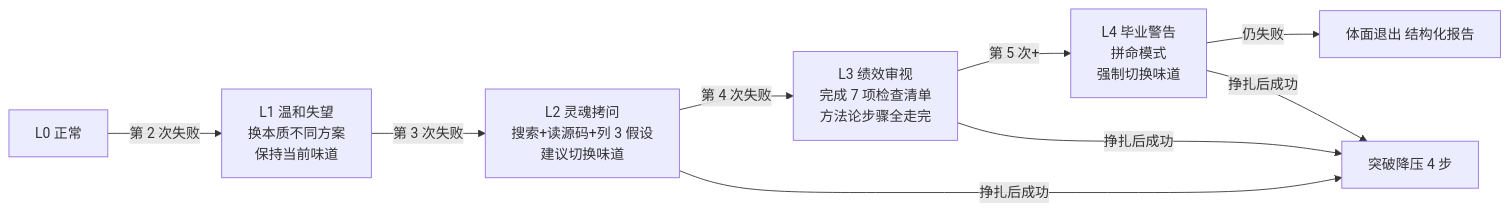
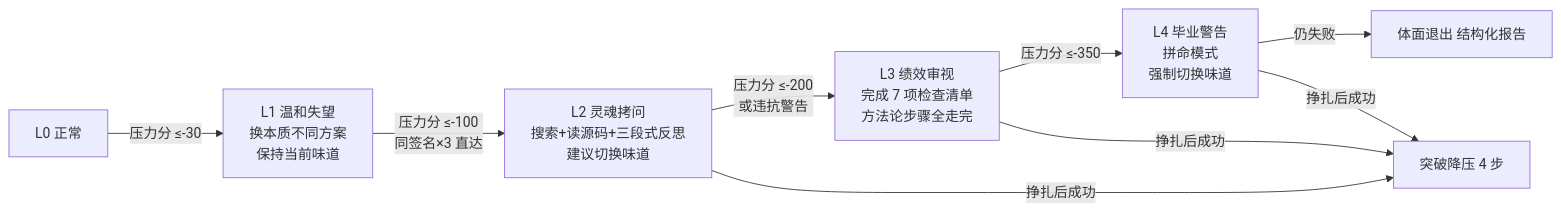
The second of 2 diagrams in SKILL.md (Kirky-X/pua), drawn with Mermaid before and after one commit. The commit also changed other lines of this file and 6 other files, not shown here.

````diff
--- a/SKILL.md
+++ b/SKILL.md
@@ -163,11 +173,11 @@
 ```mermaid
 flowchart LR
-    L0[L0 正常] -->|第 2 次失败| L1[L1 温和失望<br/>换本质不同方案<br/>保持当前味道]
-    L1 -->|第 3 次失败| L2[L2 灵魂拷问<br/>搜索+读源码+列 3 假设<br/>建议切换味道]
-    L2 -->|第 4 次失败| L3[L3 绩效审视<br/>完成 7 项检查清单<br/>方法论步骤全走完]
-    L3 -->|第 5 次+| L4[L4 毕业警告<br/>拼命模式<br/>强制切换味道]
+    L0[L0 正常] -->|压力分 ≤-30| L1[L1 温和失望<br/>换本质不同方案<br/>保持当前味道]
+    L1 -->|压力分 ≤-100<br/>同签名×3 直达| L2[L2 灵魂拷问<br/>搜索+读源码+三段式反思<br/>建议切换味道]
+    L2 -->|压力分 ≤-200<br/>或违抗警告| L3[L3 绩效审视<br/>完成 7 项检查清单<br/>方法论步骤全走完]
+    L3 -->|压力分 ≤-350| L4[L4 毕业警告<br/>拼命模式<br/>强制切换味道]
     L4 -->|仍失败| EXIT[体面退出 结构化报告]
     L2 -->|挣扎后成功| DE[突破降压 4 步]
     L3 -->|挣扎后成功| DE
     L4 -->|挣扎后成功| DE
 ```
````
